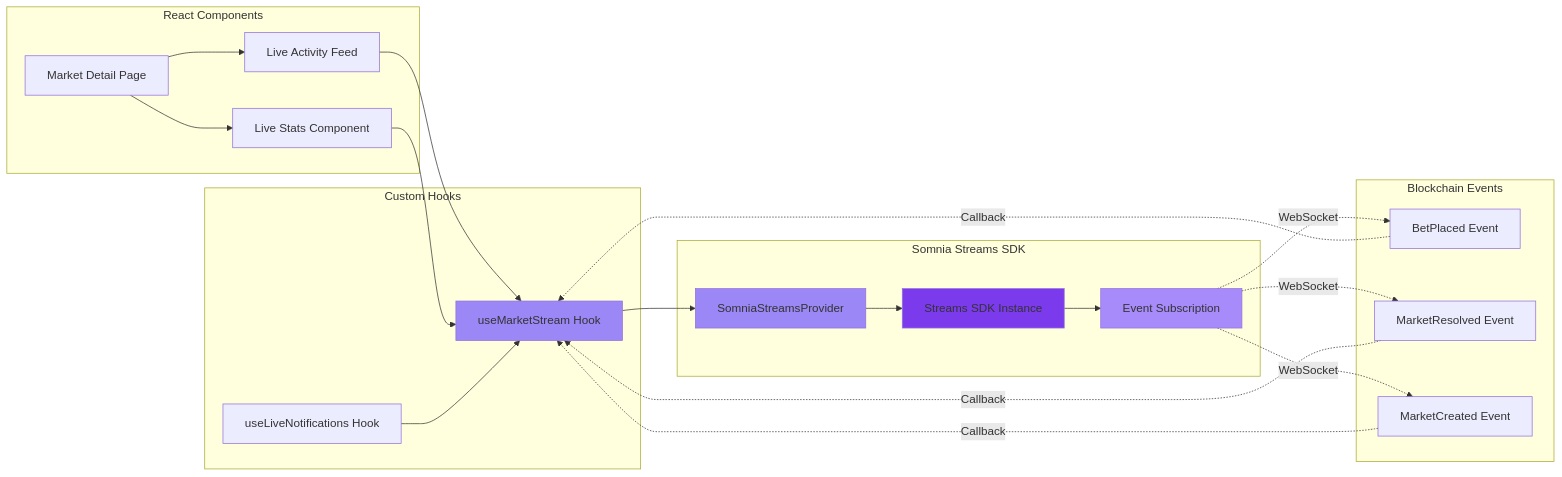
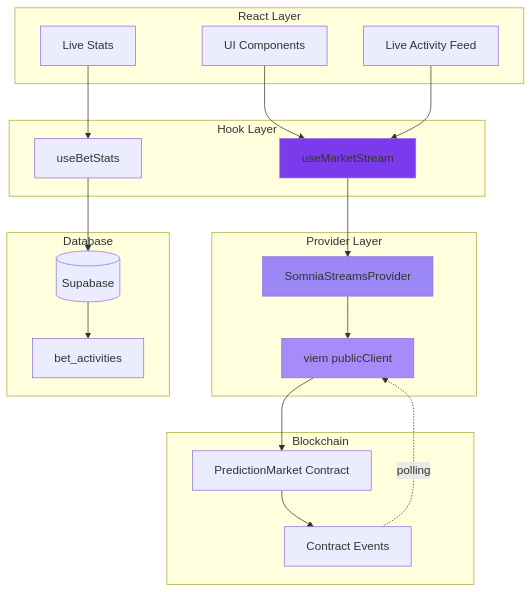
Diagram 12 of 12 in diagrams.md (enliven17/somnia-predict), drawn with Mermaid before and after one commit. The commit also changed other lines of this file and 4 other files, not shown here.

````diff
--- a/diagrams.md
+++ b/diagrams.md
@@ -406,48 +394,47 @@
 ```mermaid
-graph LR
-    subgraph "React Components"
-        MarketDetail[Market Detail Page]
+graph TB
+    subgraph "React Layer"
+        Components[UI Components]
         LiveFeed[Live Activity Feed]
-        LiveStats[Live Stats Component]
+        LiveStats[Live Stats]
     end
     
-    subgraph "Custom Hooks"
-        useMarketStream[useMarketStream Hook]
-        useLiveNotif[useLiveNotifications Hook]
+    subgraph "Hook Layer"
+        useMarketStream[useMarketStream]
+        useBetStats[useBetStats]
     end
     
-    subgraph "Somnia Streams SDK"
-        Provider[SomniaStreamsProvider]
-        SDK[Streams SDK Instance]
-        Subscription[Event Subscription]
+    subgraph "Provider Layer"
+        StreamsProvider[SomniaStreamsProvider]
+        PublicClient[viem publicClient]
     end
     
-    subgraph "Blockchain Events"
-        BetPlaced[BetPlaced Event]
-        MarketResolved[MarketResolved Event]
-        MarketCreated[MarketCreated Event]
+    subgraph "Blockchain"
+        Contract[PredictionMarket Contract]
+        Events[Contract Events]
     end
     
-    MarketDetail --> LiveFeed
-    MarketDetail --> LiveStats
+    subgraph "Database"
+        Supabase[(Supabase)]
+        BetActivities[bet_activities]
+    end
+    
+    Components --> useMarketStream
     LiveFeed --> useMarketStream
-    LiveStats --> useMarketStream
-    useLiveNotif --> useMarketStream
+    LiveStats --> useBetStats
     
-    useMarketStream --> Provider
-    Provider --> SDK
-    SDK --> Subscription
+    useMarketStream --> StreamsProvider
+    useBetStats --> Supabase
     
-    Subscription -.WebSocket.-> BetPlaced
-    Subscription -.WebSocket.-> MarketResolved
-    Subscription -.WebSocket.-> MarketCreated
+    StreamsProvider --> PublicClient
+    PublicClient --> Contract
     
-    BetPlaced -.Callback.-> useMarketStream
-    MarketResolved -.Callback.-> useMarketStream
-    MarketCreated -.Callback.-> useMarketStream
+    Contract --> Events
+    Events -.polling.-> PublicClient
     
-    style Provider fill:#9b87f5
-    style SDK fill:#7c3aed
-    style Subscription fill:#a78bfa
-    style useMarketStream fill:#9b87f5
+    Supabase --> BetActivities
+    
+    style StreamsProvider fill:#9b87f5
+    style useMarketStream fill:#7c3aed
+    style PublicClient fill:#a78bfa
 ```
````
